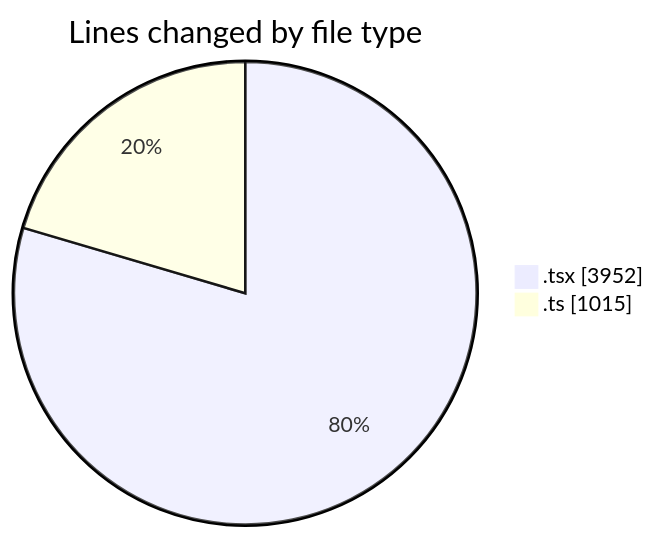
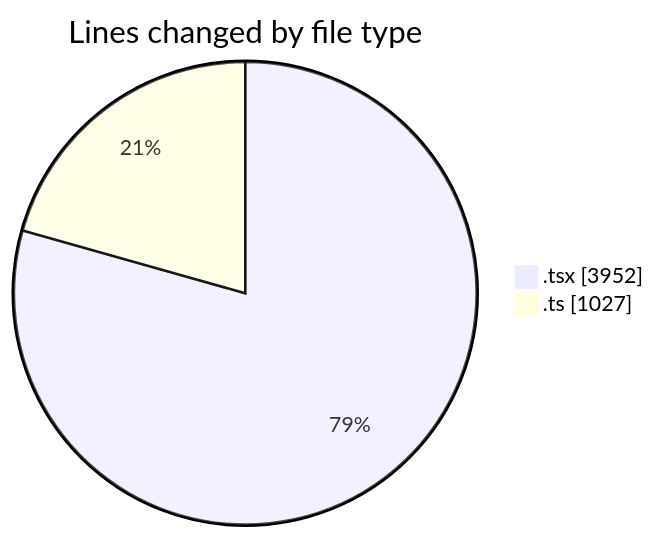
The first of 2 diagrams in 2025-07-02/cda/README.md (momahboobian/code-tracking), drawn with Mermaid before and after one commit. The commit also changed other lines of this file and 1 other file, not shown here.

````diff
--- a/2025-07-02/cda/README.md
+++ b/2025-07-02/cda/README.md
@@ -32,6 +32,6 @@
 ```mermaid
 pie showData
 title Lines changed by file type
 ".tsx" : 3952
-".ts" : 1015
+".ts" : 1027
 ```
````
